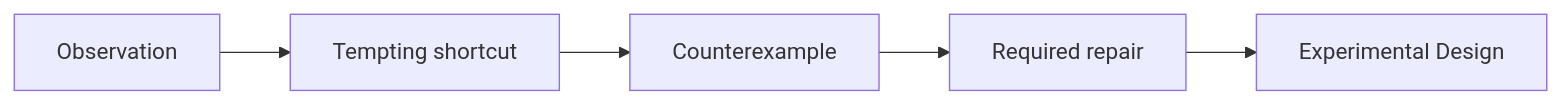
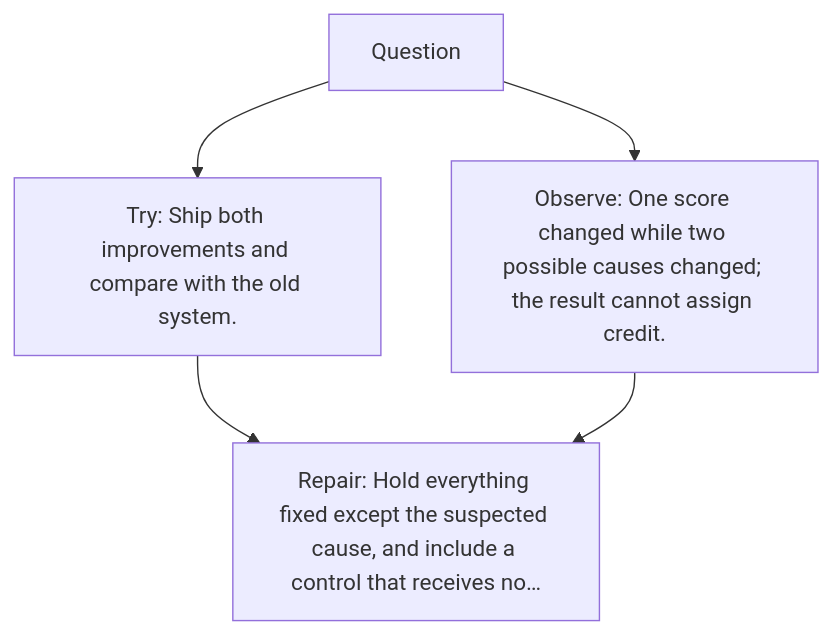
One commit to kleem-labs/AI-Archaeology changed the diagram in excavations/127-experimental-design/diagram.md. Above: the diagram before and after it, drawn with Mermaid. The commit also changed other lines of this file and 288 other files, not shown here.

````diff
--- a/excavations/127-experimental-design/diagram.md
+++ b/excavations/127-experimental-design/diagram.md
@@ -3,7 +5,7 @@
 ```mermaid
-flowchart LR
-    A["Observation"] --> B["Tempting shortcut"]
-    B --> C["Counterexample"]
-    C --> D["Required repair"]
-    D --> E["Experimental Design"]
+flowchart TD
+    A["Question"] --> B["Try: Ship both improvements and compare with the old system."]
+    A --> C["Observe: One score changed while two possible causes changed; the result cannot assign credit."]
+    B --> D["Repair: Hold everything fixed except the suspected cause, and include a control that receives no…"]
+    C --> D
 ```
````
